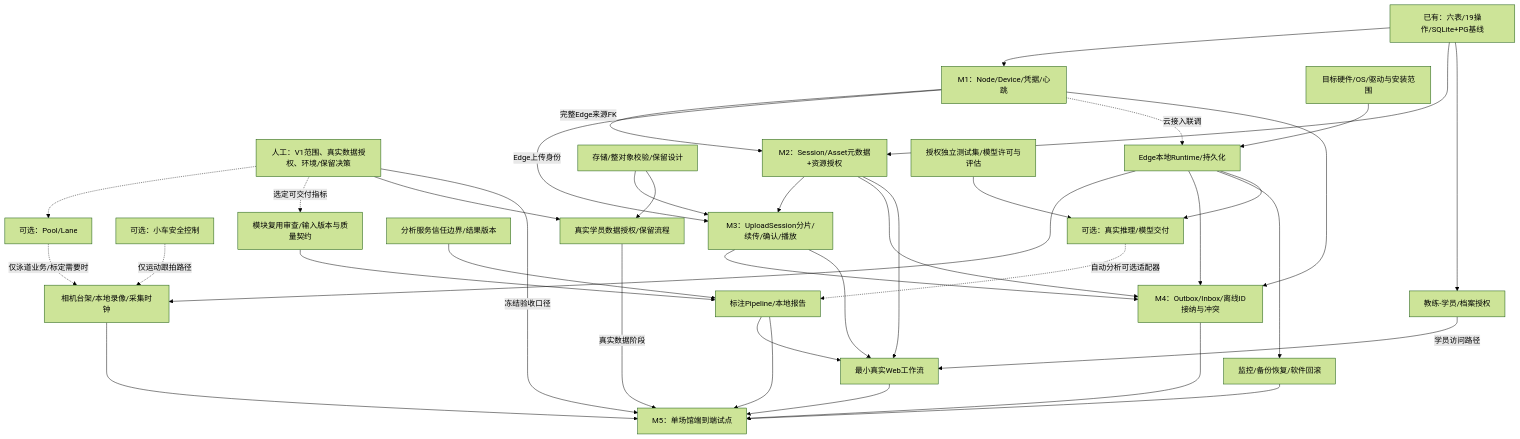
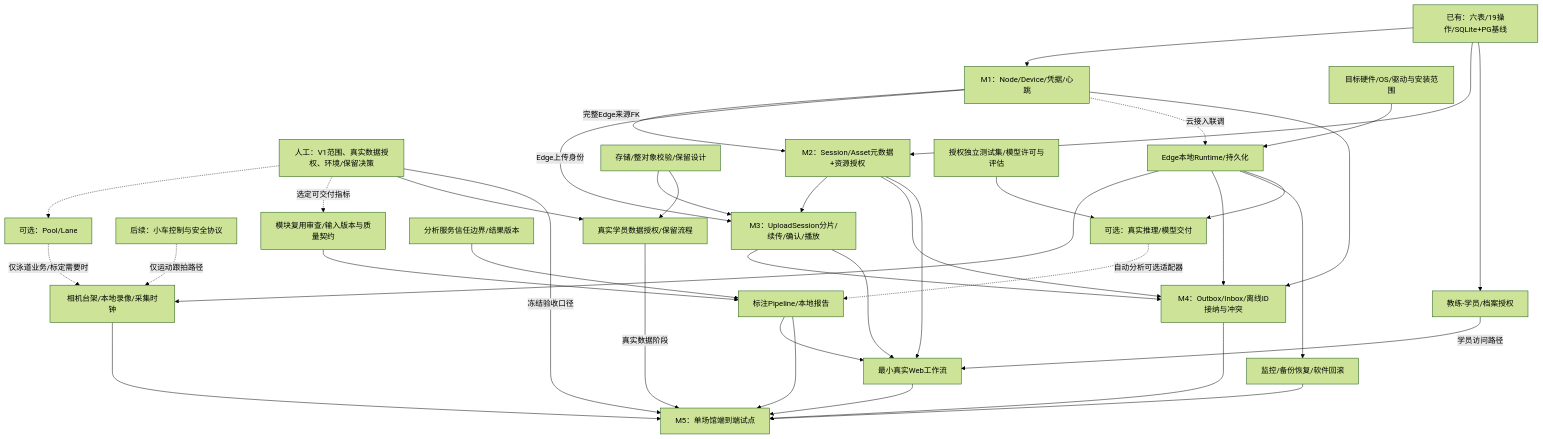
The diagram in docs/planning/2026-11-10-p0-p1-roadmap.md (TuIanL/zhiyong-swim-platform), drawn with Mermaid (forest theme) before and after one commit. The commit also changed other lines of this file and 4 other files, not shown here.

````diff
--- a/docs/planning/2026-11-10-p0-p1-roadmap.md
+++ b/docs/planning/2026-11-10-p0-p1-roadmap.md
@@ -85,62 +85,62 @@
 ```mermaid
 flowchart TD
   BASE["已有：六表/19操作/SQLite+PG基线"]
   DEC["人工：V1范围、真实数据授权、环境/保留决策"]
   REG["M1：Node/Device/凭据/心跳"]
   SESSION["M2：Session/Asset元数据+资源授权"]
   STORE["存储/整对象校验/保留设计"]
   UPLOAD["M3：UploadSession分片/续传/确认/播放"]
   ENV["目标硬件/OS/驱动与安装范围"]
   RUNTIME["Edge本地Runtime/持久化"]
   CAPTURE["相机台架/本地录像/采集时钟"]
-  CAR["可选：小车安全控制"]
+  CAR["后续：小车控制与安全协议"]
   REUSE["模块复用审查/输入版本与质量契约"]
   ANNO["标注Pipeline/本地报告"]
   CALLBACK["分析服务信任边界/结果版本"]
   SYNC["M4：Outbox/Inbox/离线ID接纳与冲突"]
   REL["教练-学员/档案授权"]
   WEB["最小真实Web工作流"]
   OPS["监控/备份恢复/软件回滚"]
   CONSENT["真实学员数据授权/保留流程"]
   PILOT["M5：单场馆端到端试点"]
   EVAL["授权独立测试集/模型许可与评估"]
   MODEL["可选：真实推理/模型交付"]
   POOL["可选：Pool/Lane"]
   BASE --> REG
   BASE --> SESSION
   REG -->|"完整Edge来源FK"| SESSION
   SESSION --> UPLOAD
   STORE --> UPLOAD
   REG -->|"Edge上传身份"| UPLOAD
   ENV --> RUNTIME
   RUNTIME --> CAPTURE
   REG -.->|"云接入联调"| RUNTIME
   DEC -.-> POOL
   POOL -.->|"仅泳道业务/标定需要时"| CAPTURE
   CAR -.->|"仅运动跟拍路径"| CAPTURE
   REUSE --> ANNO
   CALLBACK --> ANNO
   DEC -.->|"选定可交付指标"| REUSE
   RUNTIME --> SYNC
   REG --> SYNC
   SESSION --> SYNC
   UPLOAD --> SYNC
   BASE --> REL
   REL -->|"学员访问路径"| WEB
   SESSION --> WEB
   UPLOAD --> WEB
   ANNO --> WEB
   RUNTIME --> OPS
   DEC --> CONSENT
   CONSENT -->|"真实数据阶段"| PILOT
   STORE --> CONSENT
   CAPTURE --> PILOT
   ANNO --> PILOT
   SYNC --> PILOT
   WEB --> PILOT
   OPS --> PILOT
   DEC -->|"冻结验收口径"| PILOT
   EVAL --> MODEL
   RUNTIME --> MODEL
   MODEL -.->|"自动分析可选适配器"| ANNO
 ```
````
